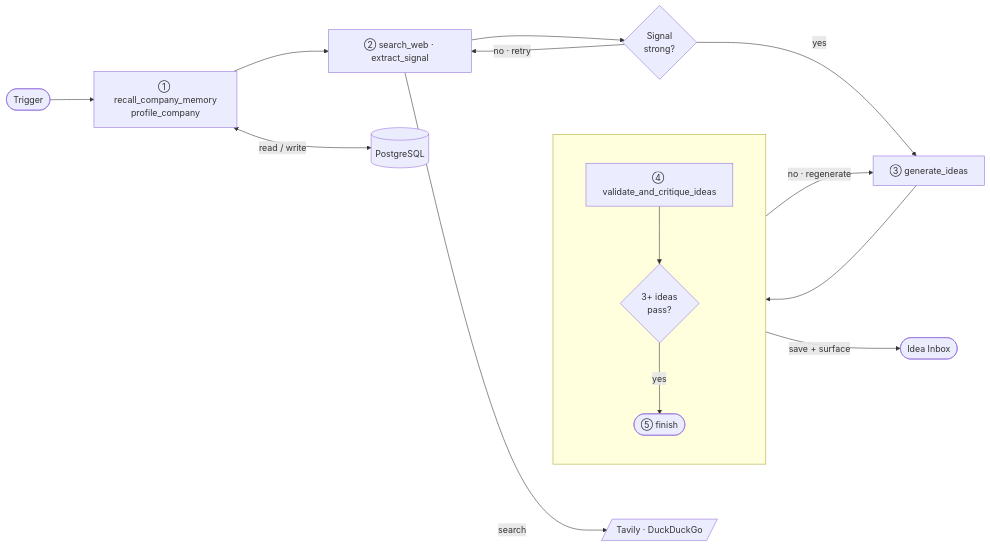
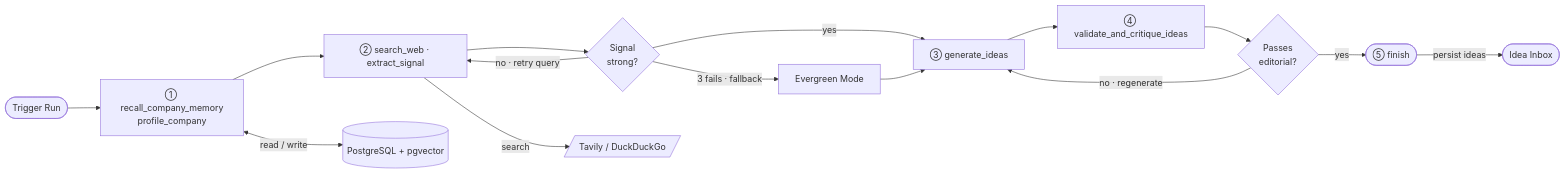
One commit to Saipramodh033/BrandPulse changed the first of 2 diagrams in Readme.md. Above: the diagram before and after it, drawn with Mermaid. The commit also changed other lines of this file, not shown here.

First line of the commit message:
docs: overhaul README with multi-provider architecture, concurrency guards, and API specs

````diff
--- a/Readme.md
+++ b/Readme.md
@@ -101,21 +102,18 @@
 ```mermaid
-%%{init: {"flowchart": {"nodeSpacing": 100, "rankSpacing": 80}}}%%
+%%{init: {"flowchart": {"nodeSpacing": 80, "rankSpacing": 60}}}%%
 flowchart LR
-    Trigger([Trigger]) --> T1
+    Trigger([Trigger Run]) --> T1
     T1["① recall_company_memory\nprofile_company"] --> T2
     T2["② search_web · extract_signal"] --> D1{Signal\nstrong?}
     D1 -->|yes| T3["③ generate_ideas"]
-    D1 -->|no · retry| T2
-    T3 --> T4
-
-    subgraph tail[" "]
-        direction TB
-        T4["④ validate_and_critique_ideas"] --> D2{3+ ideas\npass?}
-        D2 -->|yes| T5(["⑤ finish"])
-    end
-
+    D1 -->|no · retry query| T2
+    D1 -->|3 fails · fallback| EG["Evergreen Mode"] --> T3
+    T3 --> T4["④ validate_and_critique_ideas"]
+    T4 --> D2{Passes\neditorial?}
+    D2 -->|yes| T5(["⑤ finish"])
     D2 -->|no · regenerate| T3
-    T1 <-->|read / write| DB[(PostgreSQL)]
-    T2 -->|search| Web[/Tavily · DuckDuckGo/]
-    T5 -->|save + surface| Inbox([Idea Inbox])
+    
+    T1 <-->|read / write| DB[(PostgreSQL + pgvector)]
+    T2 -->|search| Web[/Tavily / DuckDuckGo/]
+    T5 -->|persist ideas| Inbox([Idea Inbox])
 ```
````
